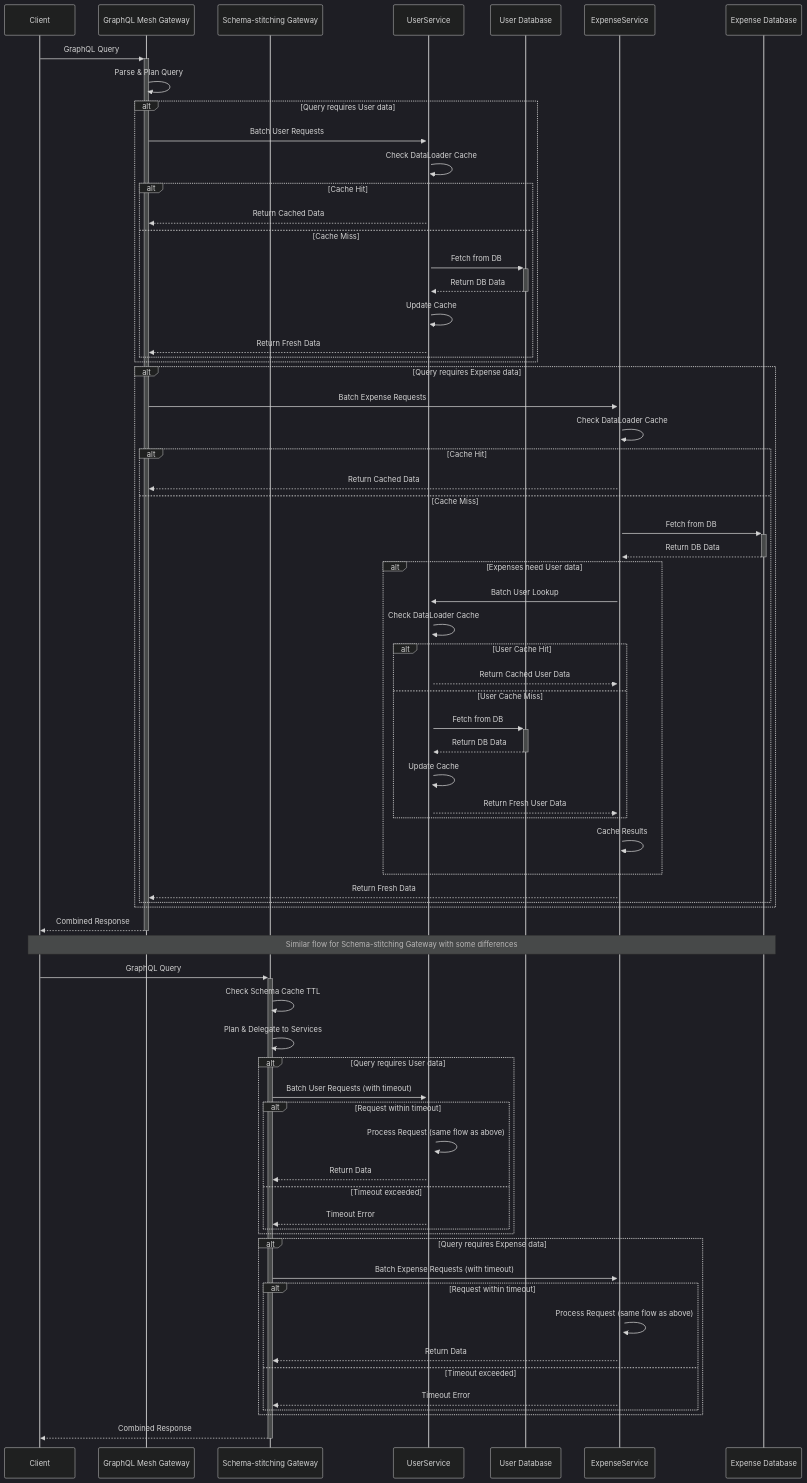
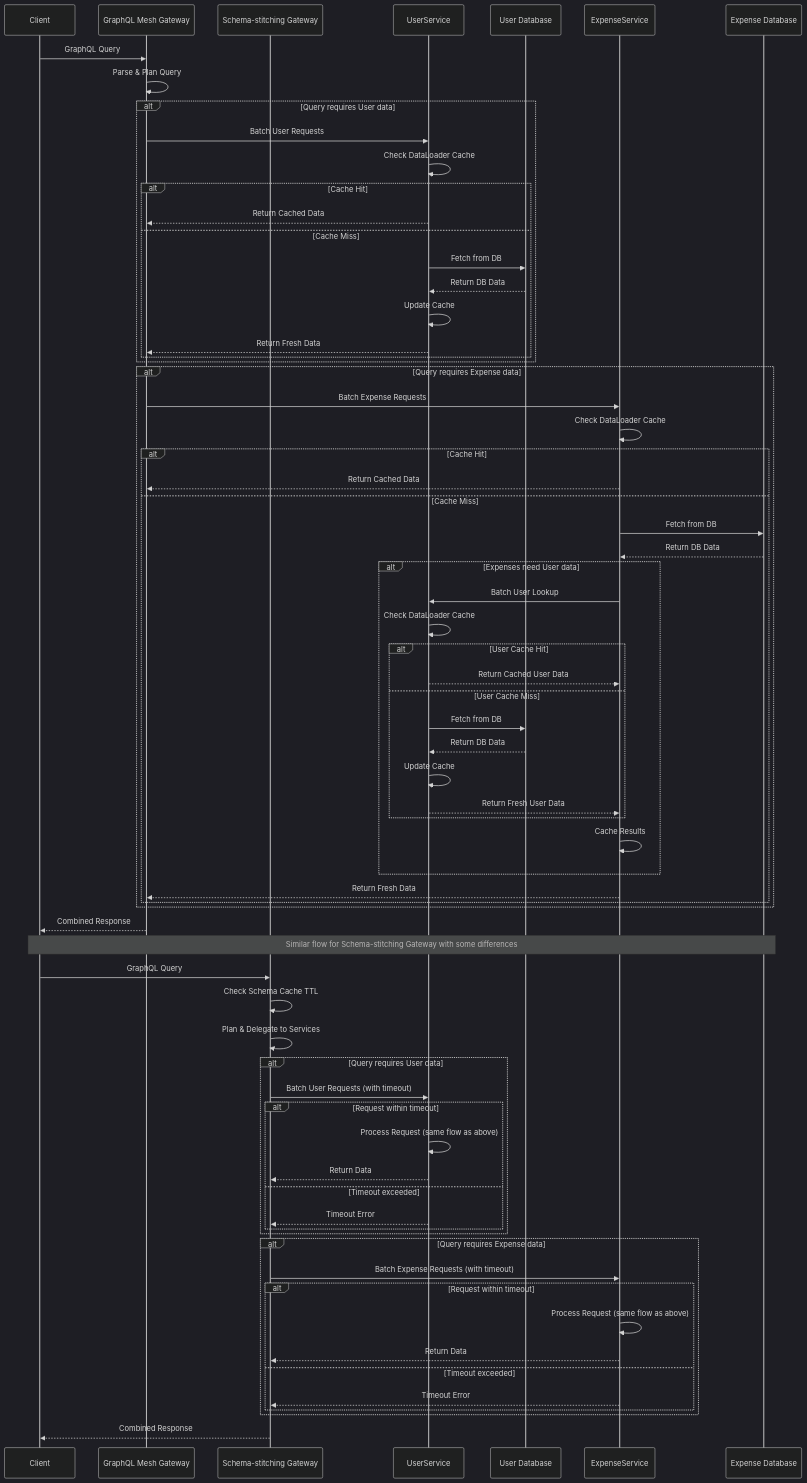
The diagram in docs/diagrams/data-flow-diagram.mermaid (vinodhj/graphql-gateway-microservices), drawn with Mermaid (dark theme) before and after one commit.

Commit message:
diagram color fix v5

```diff
--- a/docs/diagrams/data-flow-diagram.mermaid
+++ b/docs/diagrams/data-flow-diagram.mermaid
@@ -1,87 +1,87 @@
 sequenceDiagram
     participant Client
     participant Mesh as GraphQL Mesh Gateway
     participant Stitching as Schema-stitching Gateway
     participant UserService
     participant UserDB as User Database
     participant ExpenseService
     participant ExpenseDB as Expense Database
     
-    Client->>+Mesh: GraphQL Query
+    Client->>Mesh: GraphQL Query
     Mesh->>Mesh: Parse & Plan Query
     
     alt Query requires User data
-        Mesh->>+UserService: Batch User Requests
+        Mesh->>UserService: Batch User Requests
         UserService->>UserService: Check DataLoader Cache
         
         alt Cache Hit
             UserService-->>Mesh: Return Cached Data
         else Cache Miss
-            UserService->>+UserDB: Fetch from DB
-            UserDB-->>-UserService: Return DB Data
+            UserService->>UserDB: Fetch from DB
+            UserDB-->>UserService: Return DB Data
             UserService->>UserService: Update Cache
             UserService-->>Mesh: Return Fresh Data
         end
     end
     
     alt Query requires Expense data
-        Mesh->>+ExpenseService: Batch Expense Requests
+        Mesh->>ExpenseService: Batch Expense Requests
         ExpenseService->>ExpenseService: Check DataLoader Cache
         
         alt Cache Hit
             ExpenseService-->>Mesh: Return Cached Data
         else Cache Miss
-            ExpenseService->>+ExpenseDB: Fetch from DB
-            ExpenseDB-->>-ExpenseService: Return DB Data
+            ExpenseService->>ExpenseDB: Fetch from DB
+            ExpenseDB-->>ExpenseService: Return DB Data
             
             alt Expenses need User data
-                ExpenseService->>+UserService: Batch User Lookup
+                ExpenseService->>UserService: Batch User Lookup
                 UserService->>UserService: Check DataLoader Cache
                 
                 alt User Cache Hit
                     UserService-->>ExpenseService: Return Cached User Data
                 else User Cache Miss
-                    UserService->>+UserDB: Fetch from DB
-                    UserDB-->>-UserService: Return DB Data
+                    UserService->>UserDB: Fetch from DB
+                    UserDB-->>UserService: Return DB Data
                     UserService->>UserService: Update Cache
                     UserService-->>ExpenseService: Return Fresh User Data
                 end
                 
                 ExpenseService->>ExpenseService: Cache Results
             end
             
             ExpenseService-->>Mesh: Return Fresh Data
         end
     end
     
-    Mesh-->>-Client: Combined Response
+    Mesh-->>Client: Combined Response
     
     Note over Client,ExpenseDB: Similar flow for Schema-stitching Gateway with some differences
     
-    Client->>+Stitching: GraphQL Query
+    Client->>Stitching: GraphQL Query
     Stitching->>Stitching: Check Schema Cache TTL
     Stitching->>Stitching: Plan & Delegate to Services
     
     alt Query requires User data
-        Stitching->>+UserService: Batch User Requests (with timeout)
+        Stitching->>UserService: Batch User Requests (with timeout)
         
         alt Request within timeout
             UserService->>UserService: Process Request (same flow as above)
             UserService-->>Stitching: Return Data
         else Timeout exceeded
             UserService-->>Stitching: Timeout Error
         end
     end
     
     alt Query requires Expense data
-        Stitching->>+ExpenseService: Batch Expense Requests (with timeout)
+        Stitching->>ExpenseService: Batch Expense Requests (with timeout)
         
         alt Request within timeout
             ExpenseService->>ExpenseService: Process Request (same flow as above)
             ExpenseService-->>Stitching: Return Data
         else Timeout exceeded
             ExpenseService-->>Stitching: Timeout Error
         end
     end
     
-    Stitching-->>-Client: Combined Response
+    Stitching-->>Client: Combined Response
```
